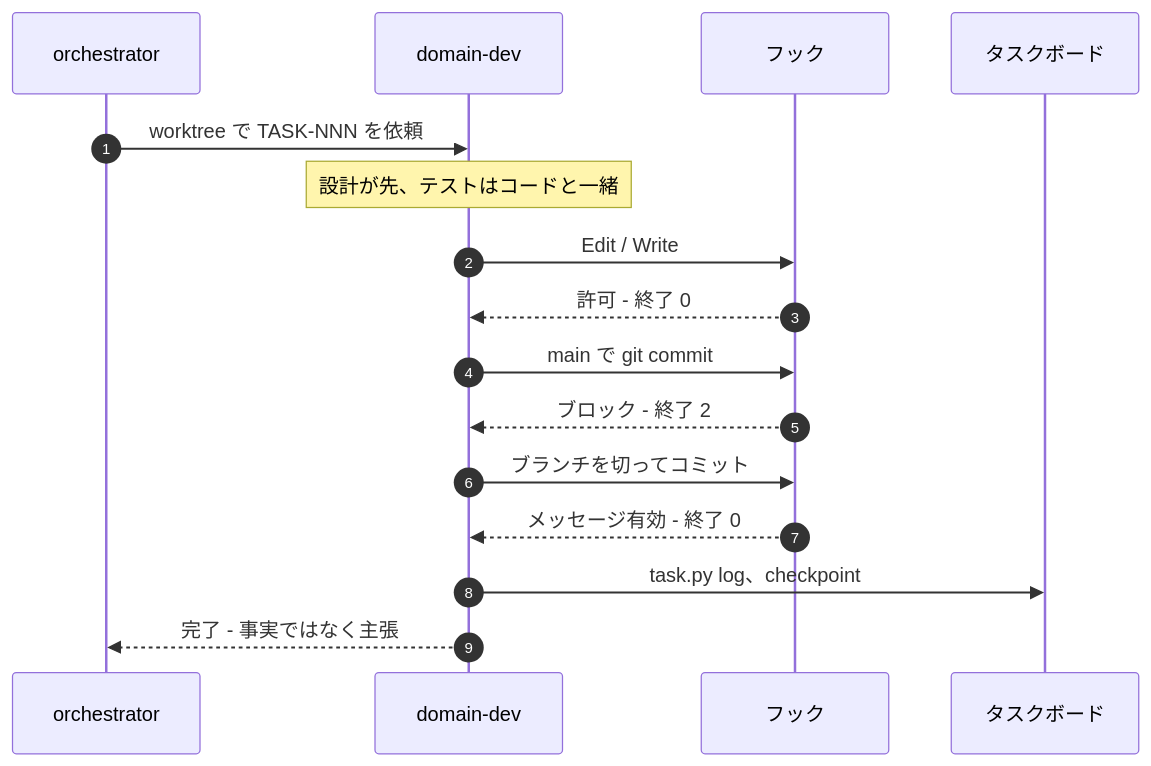
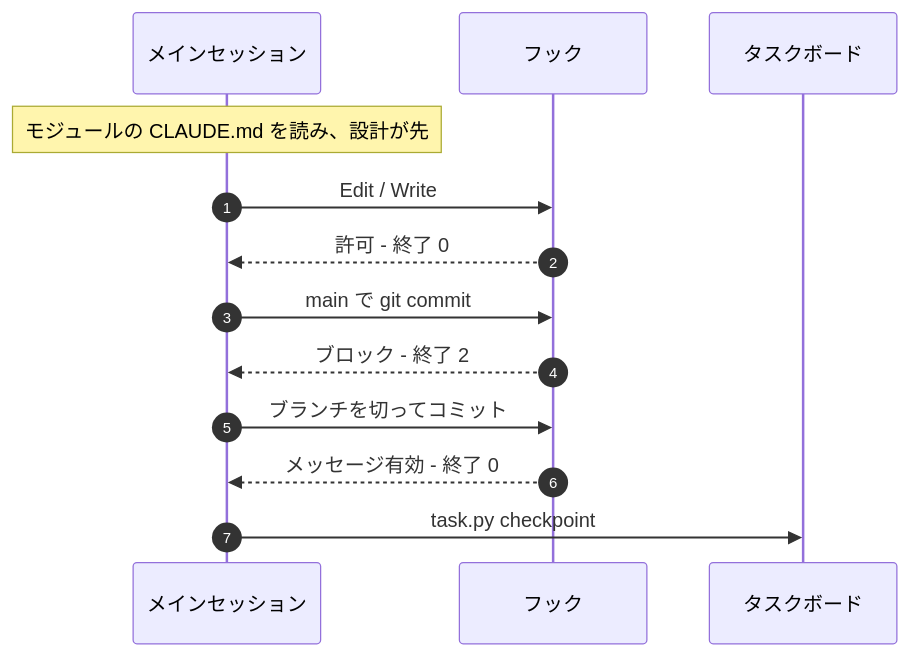
Before and after one commit to nguyenhx2/agent-harness-bootstrap: the tenth of 16 diagrams in docs/FLOWS.ja.md, drawn with Mermaid. The commit also changed other lines of this file and 107 other files, not shown here.

````diff
--- a/docs/FLOWS.ja.md
+++ b/docs/FLOWS.ja.md
@@ -420,19 +431,16 @@
 ```mermaid
 sequenceDiagram
     autonumber
-    participant Orch as orchestrator
-    participant Dev as domain-dev
+    participant Main as メインセッション
     participant Hooks as フック
     participant Board as タスクボード
 
-    Orch->>Dev: worktree で TASK-NNN を依頼
-    Note over Dev: 設計が先、テストはコードと一緒
-    Dev->>Hooks: Edit / Write
-    Hooks-->>Dev: 許可 - 終了 0
-    Dev->>Hooks: main で git commit
-    Hooks-->>Dev: ブロック - 終了 2
-    Dev->>Hooks: ブランチを切ってコミット
-    Hooks-->>Dev: メッセージ有効 - 終了 0
-    Dev->>Board: task.py log、checkpoint
-    Dev-->>Orch: 完了 - 事実ではなく主張
+    Note over Main: モジュールの CLAUDE.md を読み、設計が先
+    Main->>Hooks: Edit / Write
+    Hooks-->>Main: 許可 - 終了 0
+    Main->>Hooks: main で git commit
+    Hooks-->>Main: ブロック - 終了 2
+    Main->>Hooks: ブランチを切ってコミット
+    Hooks-->>Main: メッセージ有効 - 終了 0
+    Main->>Board: task.py checkpoint
 ```
````
